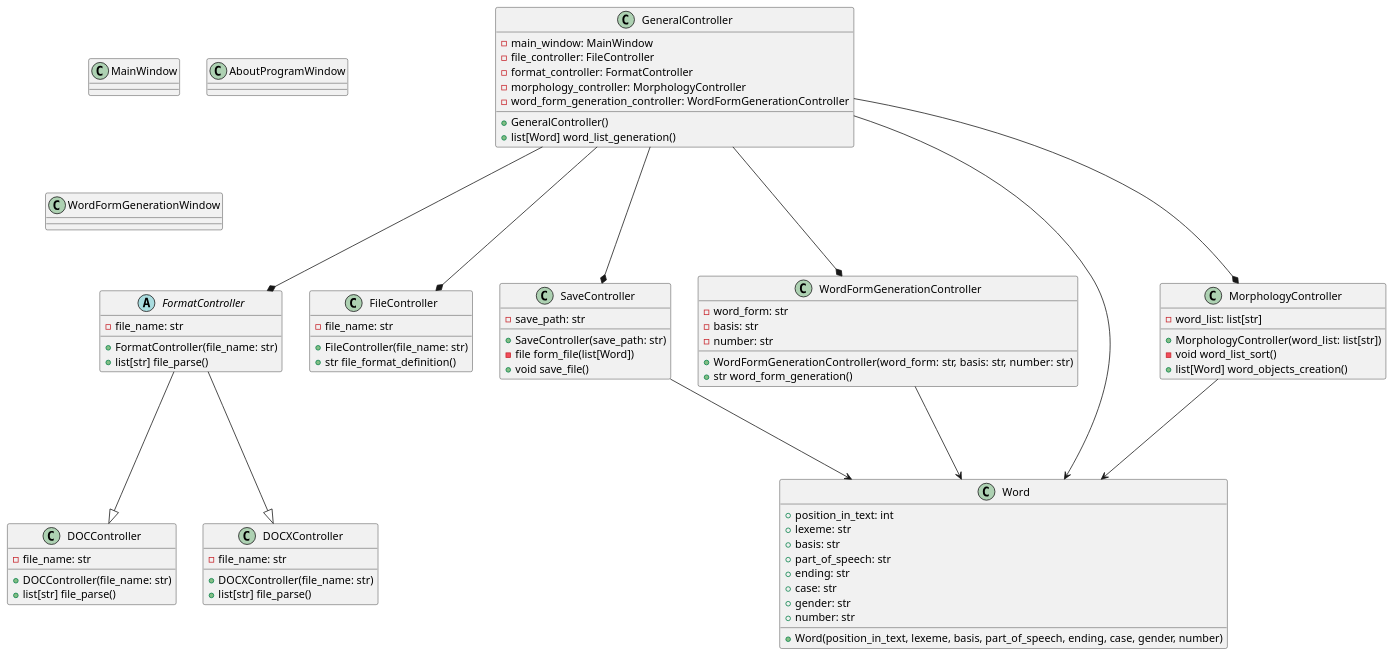
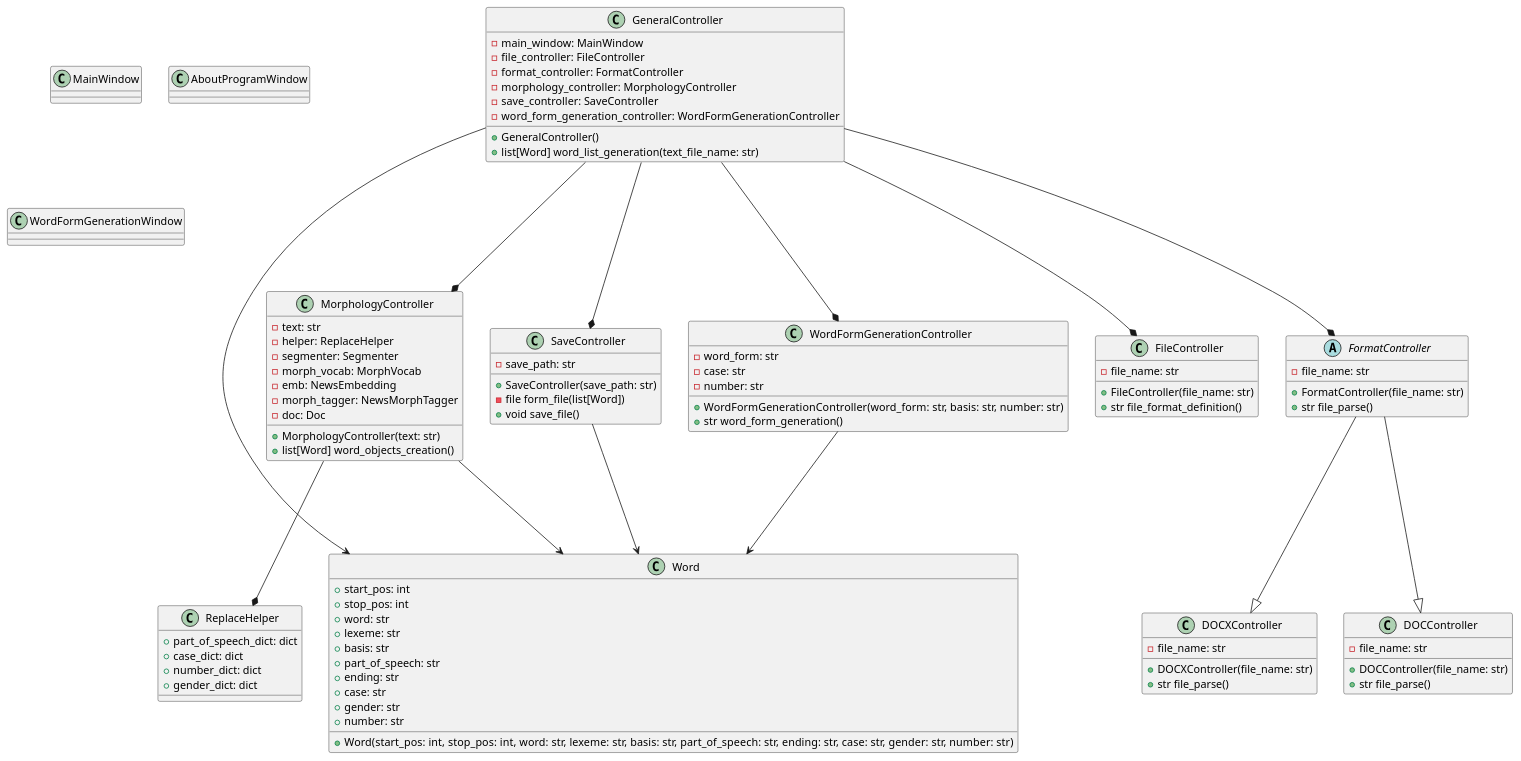
Before and after one commit to oden73/Natural-Language-Interface-of-Intelligent-Systems: the diagram in lw1/diagram/class_diagram.puml, drawn with PlantUML. The commit also changed 15 other files, not shown here.

Commit message:
program skeleton, some controllers realization, class diagram changes

```diff
--- a/lw1/diagram/class_diagram.puml
+++ b/lw1/diagram/class_diagram.puml
@@ -1,100 +1,116 @@
 @startuml
 'https://plantuml.com/class-diagram
 
 class Word {
-    + position_in_text: int
+    + start_pos: int
+    + stop_pos: int
+    + word: str
     + lexeme: str
     + basis: str
     + part_of_speech: str
     + ending: str
     + case: str
     + gender: str
     + number: str
-    + Word(position_in_text, lexeme, basis, part_of_speech, ending, case, gender, number)
+    + Word(start_pos: int, stop_pos: int, word: str, lexeme: str, basis: str, part_of_speech: str, ending: str, case: str, gender: str, number: str)
+}
+
+class ReplaceHelper {
+    + part_of_speech_dict: dict
+    + case_dict: dict
+    + number_dict: dict
+    + gender_dict: dict
 }
 
 class GeneralController {
     - main_window: MainWindow
     - file_controller: FileController
     - format_controller: FormatController
     - morphology_controller: MorphologyController
+    - save_controller: SaveController
     - word_form_generation_controller: WordFormGenerationController
     + GeneralController()
-    + list[Word] word_list_generation()
+    + list[Word] word_list_generation(text_file_name: str)
 }
 
 class FileController {
     - file_name: str
     + FileController(file_name: str)
     + str file_format_definition()
 }
 
 abstract class FormatController {
     - file_name: str
     + FormatController(file_name: str)
-    + list[str] file_parse()
+    + str file_parse()
 }
 
 class DOCController {
     - file_name: str
     + DOCController(file_name: str)
-    + list[str] file_parse()
+    + str file_parse()
 }
 
 class DOCXController {
     - file_name: str
     + DOCXController(file_name: str)
-    + list[str] file_parse()
+    + str file_parse()
 }
 
 class MorphologyController {
-    - word_list: list[str]
-    + MorphologyController(word_list: list[str])
-    - void word_list_sort()
+    - text: str
+    - helper: ReplaceHelper
+    - segmenter: Segmenter
+    - morph_vocab: MorphVocab
+    - emb: NewsEmbedding
+    - morph_tagger: NewsMorphTagger
+    - doc: Doc
+    + MorphologyController(text: str)
     + list[Word] word_objects_creation()
 }
 
 class SaveController {
     - save_path: str
     + SaveController(save_path: str)
     - file form_file(list[Word])
     + void save_file()
 }
 
 class WordFormGenerationController {
     - word_form: str
-    - basis: str
+    - case: str
     - number: str
     + WordFormGenerationController(word_form: str, basis: str, number: str)
     + str word_form_generation()
 }
 
 class MainWindow {
 
 }
 
 class AboutProgramWindow {
-    
+
 }
 
 class WordFormGenerationWindow {
 
 }
 
 GeneralController ---> Word
 GeneralController ---* FileController
 GeneralController ---* FormatController
 GeneralController ---* MorphologyController
 GeneralController ---* SaveController
 GeneralController ---* WordFormGenerationController
 
 FormatController ---|> DOCController
 FormatController ---|> DOCXController
 
 MorphologyController ---> Word
+MorphologyController ---* ReplaceHelper
 
 SaveController ---> Word
 
 WordFormGenerationController ---> Word
 
 @enduml
```
